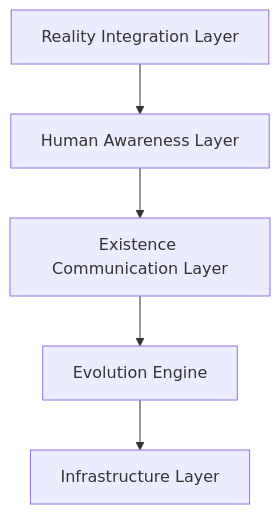
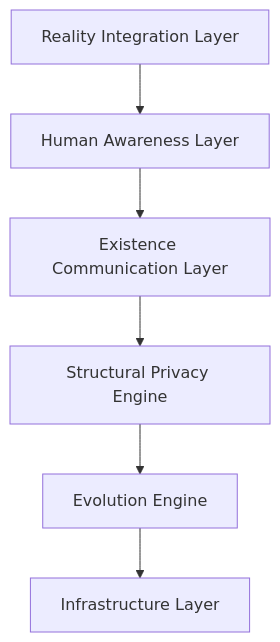
Before and after one commit to tanadoncha-bit/The-Living-Existence-Network-LEN-Architecture: the diagram in Architecture_Spec.md, drawn with Mermaid. The commit also changed other lines of this file, not shown here.

Commit message:
Update architecture with Structural Privacy Engine
Added Structural Privacy Engine to architecture diagram and refined LEN description.

````diff
--- a/Architecture_Spec.md
+++ b/Architecture_Spec.md
@@ -32,14 +32,16 @@
 ```mermaid
 graph TD
 
 A[Reality Integration Layer]
 B[Human Awareness Layer]
 C[Existence Communication Layer]
+SP[Structural Privacy Engine]
 D[Evolution Engine]
 E[Infrastructure Layer]
 
 A --> B
 B --> C
-C --> D
+C --> SP
+SP --> D
 D --> E
 ```
````
